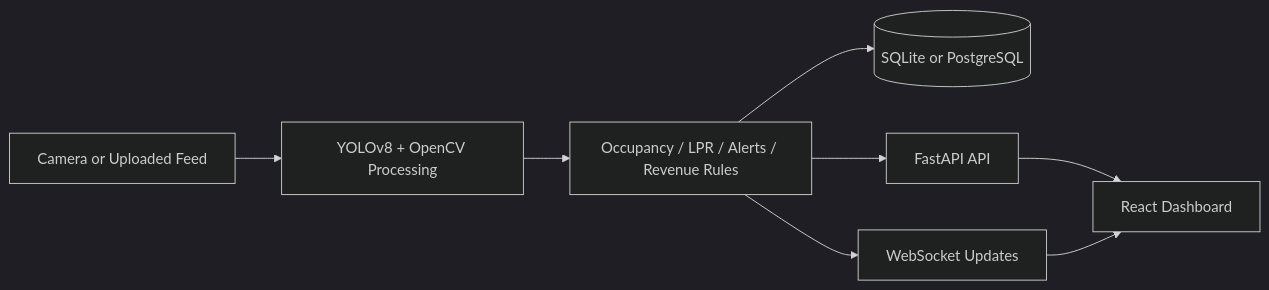
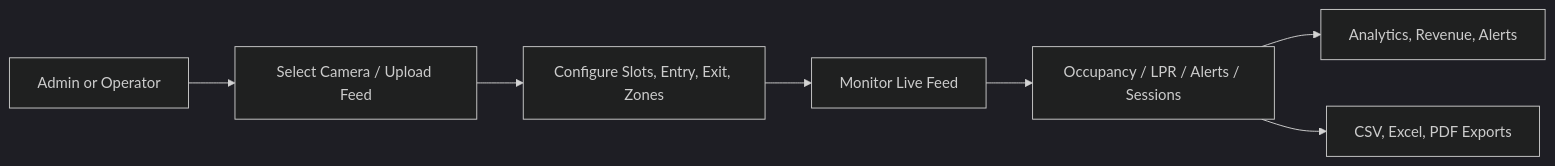
One commit to mehdymd/SmartParking changed the third of 7 diagrams in README.md. Above: the diagram before and after it, drawn with Mermaid (dark theme). The commit also changed other lines of this file and 8 other files, not shown here.

````diff
--- a/README.md
+++ b/README.md
@@ -14,10 +98,9 @@
 ```mermaid
 flowchart LR
-    Camera[Camera or Uploaded Feed] --> Pipeline[YOLOv8 + OpenCV Processing]
-    Pipeline --> Rules[Occupancy / LPR / Alerts / Revenue Rules]
-    Rules --> DB[(SQLite or PostgreSQL)]
-    Rules --> API[FastAPI API]
-    Rules --> WS[WebSocket Updates]
-    API --> UI[React Dashboard]
-    WS --> UI
+    OP[Admin or Operator] --> FEED[Select Camera / Upload Feed]
+    FEED --> EDITOR[Configure Slots, Entry, Exit, Zones]
+    EDITOR --> LIVE[Monitor Live Feed]
+    LIVE --> EVENTS[Occupancy / LPR / Alerts / Sessions]
+    EVENTS --> ANALYTICS[Analytics, Revenue, Alerts]
+    EVENTS --> EXPORTS[CSV, Excel, PDF Exports]
 ```
````
